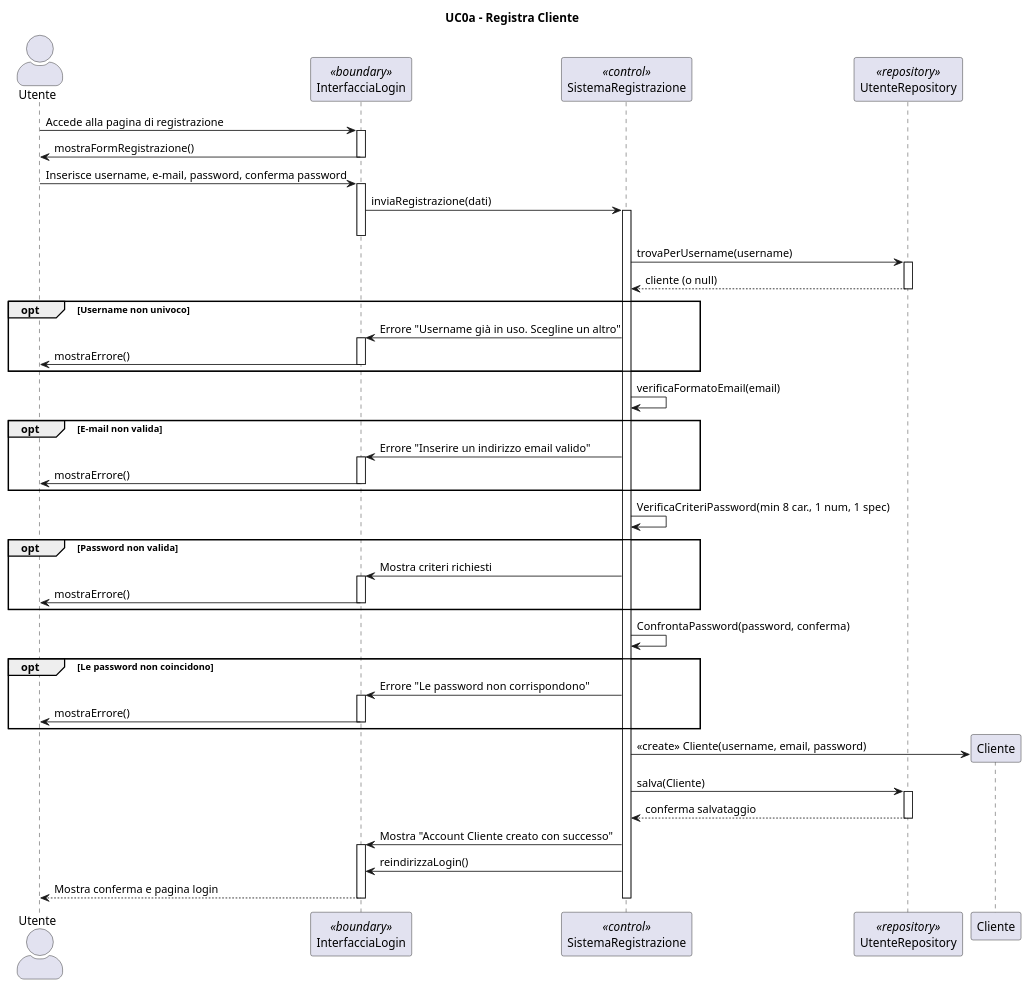
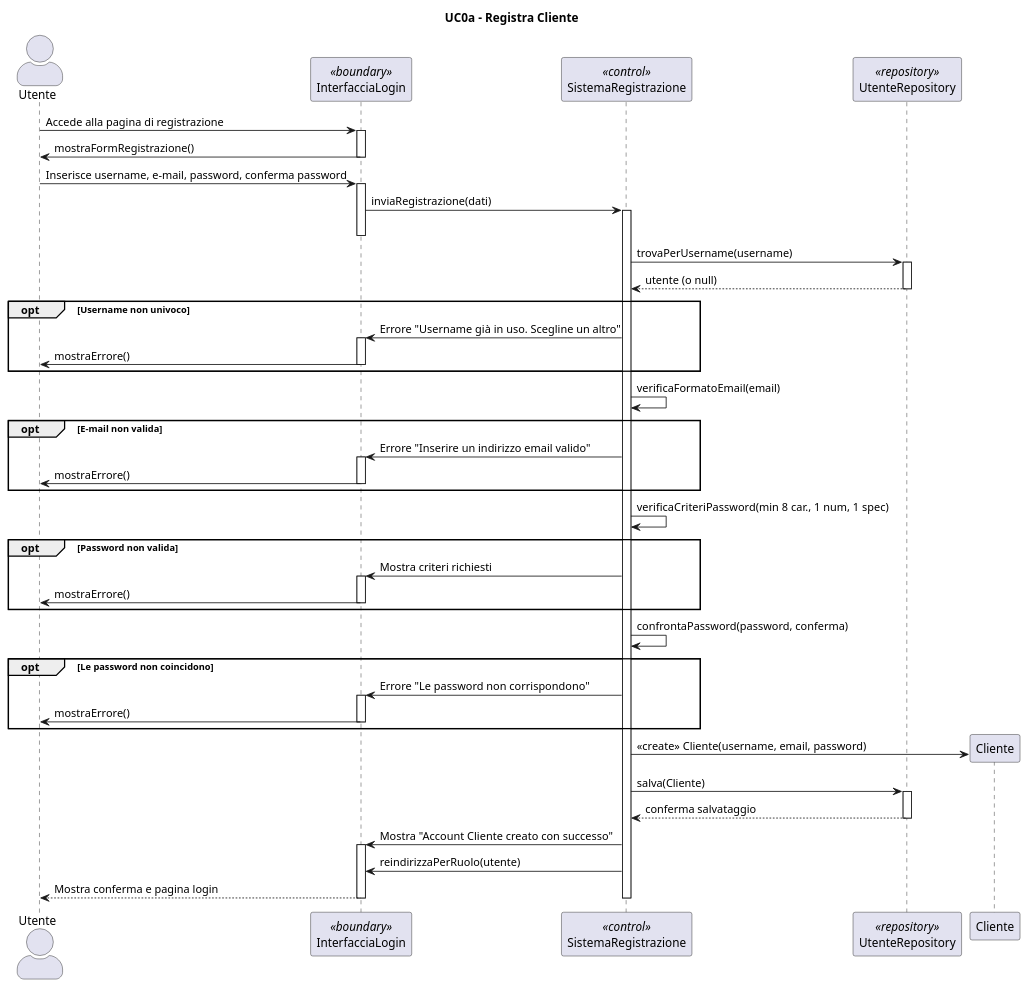
Before and after one commit to Samepsilon/FloWare: the diagram in diagrammiUML/diagrammi di sequenza/UC0a_Registrare_Cliente.puml, drawn with PlantUML. The commit also changed other lines of this file and 19 other files, not shown here.

Commit message:
fine diagrammi di sequenza

```diff
--- a/diagrammiUML/diagrammi di sequenza/UC0a_Registrare_Cliente.puml
+++ b/diagrammiUML/diagrammi di sequenza/UC0a_Registrare_Cliente.puml
@@ -1,75 +1,73 @@
 @startuml
 title UC0a - Registra Cliente
 skinparam actorStyle awesome
 actor Utente
 
 participant "InterfacciaLogin" <<boundary>>
 participant "SistemaRegistrazione" as Sistema <<control>>
 participant "UtenteRepository" as Repo <<repository>>
 
 Utente -> InterfacciaLogin : Accede alla pagina di registrazione
 activate InterfacciaLogin
 InterfacciaLogin -> Utente : mostraFormRegistrazione()
 deactivate InterfacciaLogin
 
 Utente -> InterfacciaLogin : Inserisce username, e-mail, password, conferma password
 activate InterfacciaLogin
 InterfacciaLogin -> Sistema : inviaRegistrazione(dati)
 activate Sistema
 deactivate InterfacciaLogin
 
 Sistema -> Repo : trovaPerUsername(username)
 activate Repo
-Repo --> Sistema : cliente (o null)
+Repo --> Sistema : utente (o null)
 deactivate Repo
 
 opt Username non univoco
     Sistema -> InterfacciaLogin : Errore "Username già in uso. Scegline un altro"
     activate InterfacciaLogin
     InterfacciaLogin -> Utente : mostraErrore()
     deactivate InterfacciaLogin
-end  
+end
 
 Sistema -> Sistema : verificaFormatoEmail(email)
 opt E-mail non valida
     Sistema -> InterfacciaLogin : Errore "Inserire un indirizzo email valido"
     activate InterfacciaLogin
-    InterfacciaLogin -> Utente : mostraErrore()   
+    InterfacciaLogin -> Utente : mostraErrore()
     deactivate InterfacciaLogin
 end
 
-Sistema -> Sistema : VerificaCriteriPassword(min 8 car., 1 num, 1 spec)
+Sistema -> Sistema : verificaCriteriPassword(min 8 car., 1 num, 1 spec)
 opt Password non valida
     Sistema -> InterfacciaLogin : Mostra criteri richiesti
     activate InterfacciaLogin
     InterfacciaLogin -> Utente : mostraErrore()
     deactivate InterfacciaLogin
-end    
+end
 
-
-Sistema -> Sistema : ConfrontaPassword(password, conferma)
+Sistema -> Sistema : confrontaPassword(password, conferma)
 opt Le password non coincidono
     Sistema -> InterfacciaLogin : Errore "Le password non corrispondono"
     activate InterfacciaLogin
     InterfacciaLogin -> Utente : mostraErrore()
     deactivate InterfacciaLogin
 end
 
 create Cliente
 Sistema -> Cliente : <<create>> Cliente(username, email, password)
 
 Sistema -> Repo : salva(Cliente)
 activate Repo
 Repo --> Sistema : conferma salvataggio
 deactivate Repo
 
-
 Sistema -> InterfacciaLogin : Mostra "Account Cliente creato con successo"
 activate InterfacciaLogin
-Sistema -> InterfacciaLogin : reindirizzaLogin()
+Sistema -> InterfacciaLogin : reindirizzaPerRuolo(utente)
 InterfacciaLogin --> Utente : Mostra conferma e pagina login
 deactivate InterfacciaLogin
 
 deactivate Sistema
 
 @enduml
```
